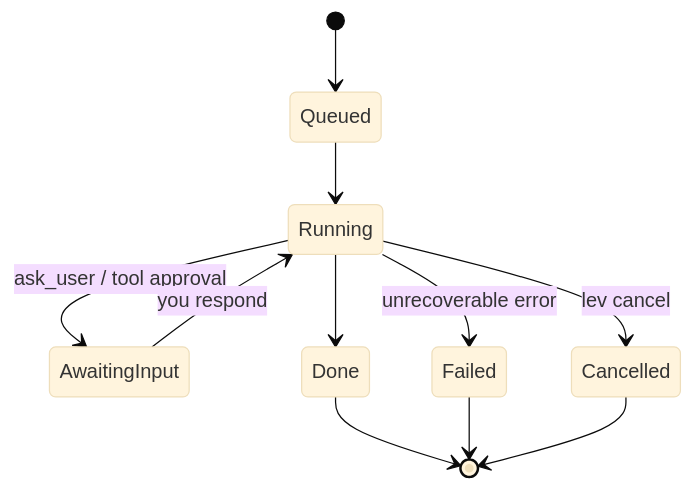
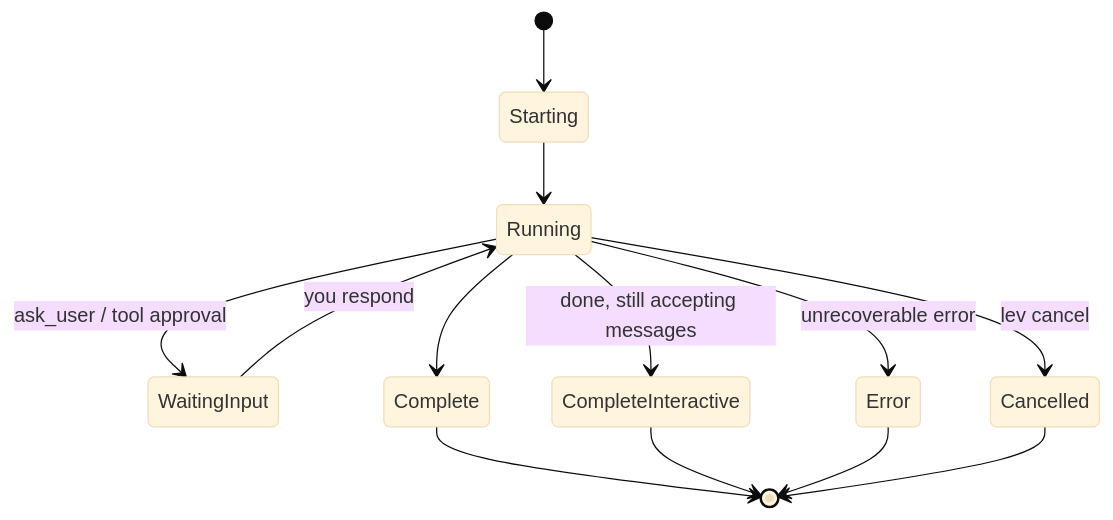
Before and after one commit to GEMISIS/leviath: the second of 2 diagrams in docs/content/agents.md, drawn with Mermaid (base theme). The commit also changed other lines of this file and 16 other files, not shown here.

````diff
--- a/docs/content/agents.md
+++ b/docs/content/agents.md
@@ -60,13 +60,15 @@
 ```mermaid
 stateDiagram-v2
-  [*] --> Queued
-  Queued --> Running
-  Running --> AwaitingInput: ask_user / tool approval
-  AwaitingInput --> Running: you respond
-  Running --> Done
-  Running --> Failed: unrecoverable error
+  [*] --> Starting
+  Starting --> Running
+  Running --> WaitingInput: ask_user / tool approval
+  WaitingInput --> Running: you respond
+  Running --> Complete
+  Running --> CompleteInteractive: done, still accepting messages
+  Running --> Error: unrecoverable error
   Running --> Cancelled: lev cancel
-  Done --> [*]
-  Failed --> [*]
+  Complete --> [*]
+  CompleteInteractive --> [*]
+  Error --> [*]
   Cancelled --> [*]
 ```
````
